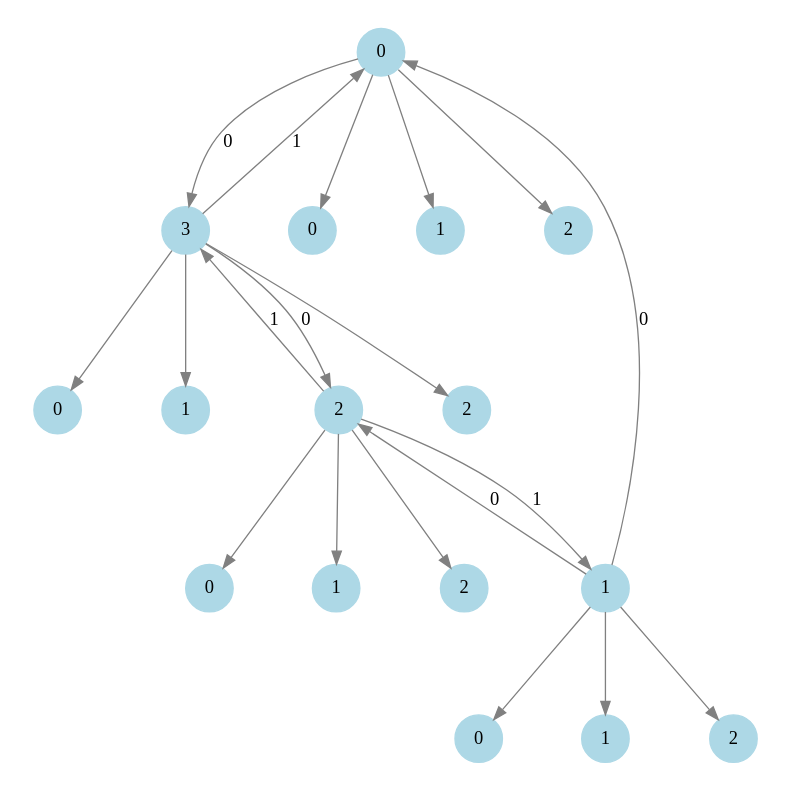
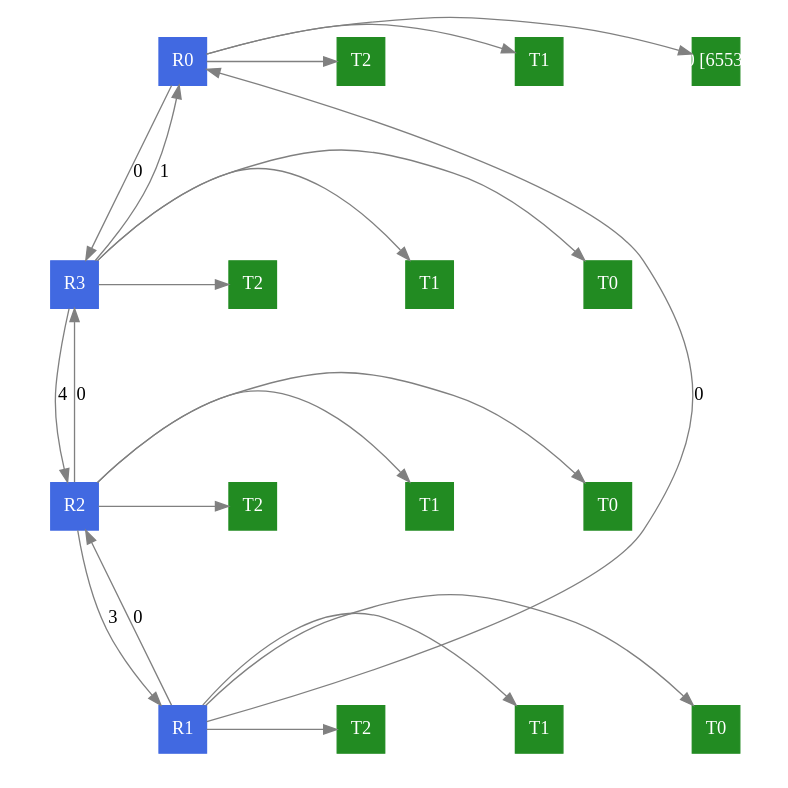
The diagram in Trabajo_Final/src/grafo.dot (Fede108/Algoritmos-y-estructura-de-Datos), drawn with Graphviz before and after one commit. The commit also changed 9 other files, not shown here.

```diff
--- a/Trabajo_Final/src/grafo.dot
+++ b/Trabajo_Final/src/grafo.dot
@@ -1,37 +1,46 @@
 digraph G {
-    node [shape=circle, style=filled, color=lightblue];
     edge [color=gray, penwidth=1];
     size="8,8";
     ratio="fill";
+    subgraph routers {
+        node [shape=box, style=filled, color=royalblue, fixedsize=true, width=0.5, height=0.5, fontcolor=white];
+        0 [label="R0"];
+        1 [label="R1"];
+        2 [label="R2"];
+        3 [label="R3"];
+    }
+    subgraph terminales {
+        node [shape=box, style=filled, color=forestgreen, fixedsize=true, width=0.5, height=0.5, fontcolor=white];
+        00 [label="T0 [65539]"];
+        01 [label="T1"];
+        02 [label="T2"];
+        10 [label="T0"];
+        11 [label="T1"];
+        12 [label="T2"];
+        20 [label="T0"];
+        21 [label="T1"];
+        22 [label="T2"];
+        30 [label="T0"];
+        31 [label="T1"];
+        32 [label="T2"];
+    }
     0 -> 3 [label="0"];
-    0 -> 00;
-    00 [label="0"];
-    0 -> 10;
-    10 [label="1"];
-    0 -> 20;
-    20 [label="2"];
     1 -> 0 [label="0"];
     1 -> 2 [label="0"];
-    1 -> 01;
-    01 [label="0"];
-    1 -> 11;
-    11 [label="1"];
-    1 -> 21;
-    21 [label="2"];
-    2 -> 1 [label="1"];
-    2 -> 3 [label="1"];
-    2 -> 02;
-    02 [label="0"];
-    2 -> 12;
-    12 [label="1"];
-    2 -> 22;
-    22 [label="2"];
+    2 -> 1 [label="3"];
+    2 -> 3 [label="0"];
     3 -> 0 [label="1"];
-    3 -> 2 [label="0"];
-    3 -> 03;
-    03 [label="0"];
-    3 -> 13;
-    13 [label="1"];
-    3 -> 23;
-    23 [label="2"];
+    3 -> 2 [label="4"];
+    0 -> 00 [minlen=0.2];
+    0 -> 01 [minlen=0.2];
+    0 -> 02 [minlen=0.2];
+    1 -> 10 [minlen=0.2];
+    1 -> 11 [minlen=0.2];
+    1 -> 12 [minlen=0.2];
+    2 -> 20 [minlen=0.2];
+    2 -> 21 [minlen=0.2];
+    2 -> 22 [minlen=0.2];
+    3 -> 30 [minlen=0.2];
+    3 -> 31 [minlen=0.2];
+    3 -> 32 [minlen=0.2];
 }
```
